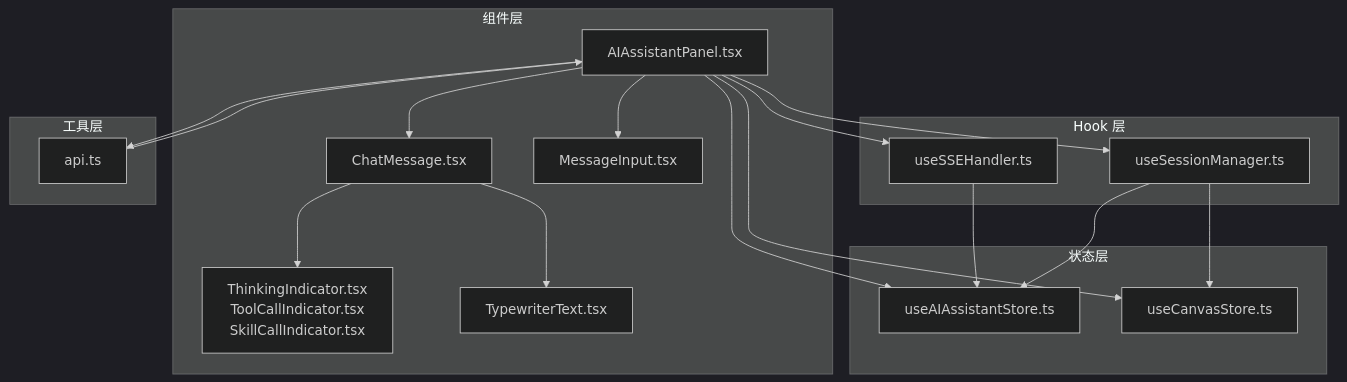
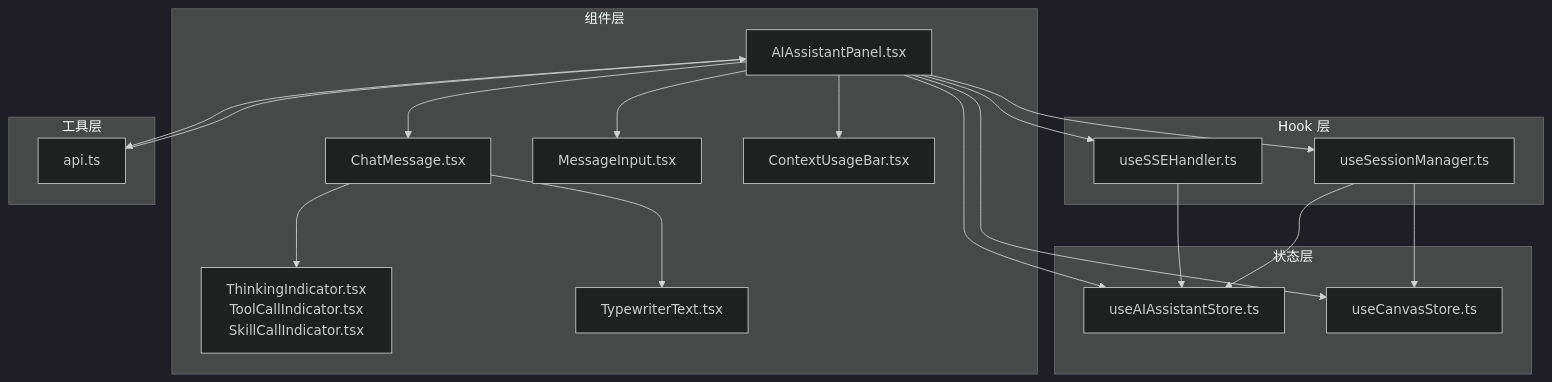
One commit to KunLabAI/KunFlix changed the first of 8 diagrams in .qoder/repowiki/zh/content/前端应用架构/UI组件库/AI助手组件.md. Above: the diagram before and after it, drawn with Mermaid (dark theme). The commit also changed other lines of this file and 9 other files, not shown here.

````diff
--- a/.qoder/repowiki/zh/content/前端应用架构/UI组件库/AI助手组件.md
+++ b/.qoder/repowiki/zh/content/前端应用架构/UI组件库/AI助手组件.md
@@ -48,34 +49,36 @@
 ```mermaid
 graph TB
 subgraph "组件层"
 Panel["AIAssistantPanel.tsx"]
 Msg["ChatMessage.tsx"]
 Input["MessageInput.tsx"]
 Indicators["ThinkingIndicator.tsx<br/>ToolCallIndicator.tsx<br/>SkillCallIndicator.tsx"]
 Typewriter["TypewriterText.tsx"]
+ContextBar["ContextUsageBar.tsx"]
 end
 subgraph "Hook 层"
 SSE["useSSEHandler.ts"]
 Session["useSessionManager.ts"]
 end
 subgraph "状态层"
 Store["useAIAssistantStore.ts"]
 CanvasStore["useCanvasStore.ts"]
 end
 subgraph "工具层"
 API["api.ts"]
 end
 Panel --> Msg
 Panel --> Input
+Panel --> ContextBar
 Panel --> SSE
 Panel --> Session
 Msg --> Typewriter
 Msg --> Indicators
 Panel --> Store
 Panel --> CanvasStore
 Panel --> API
 SSE --> Store
 Session --> Store
 Session --> CanvasStore
 API --> Panel
 ```
````
